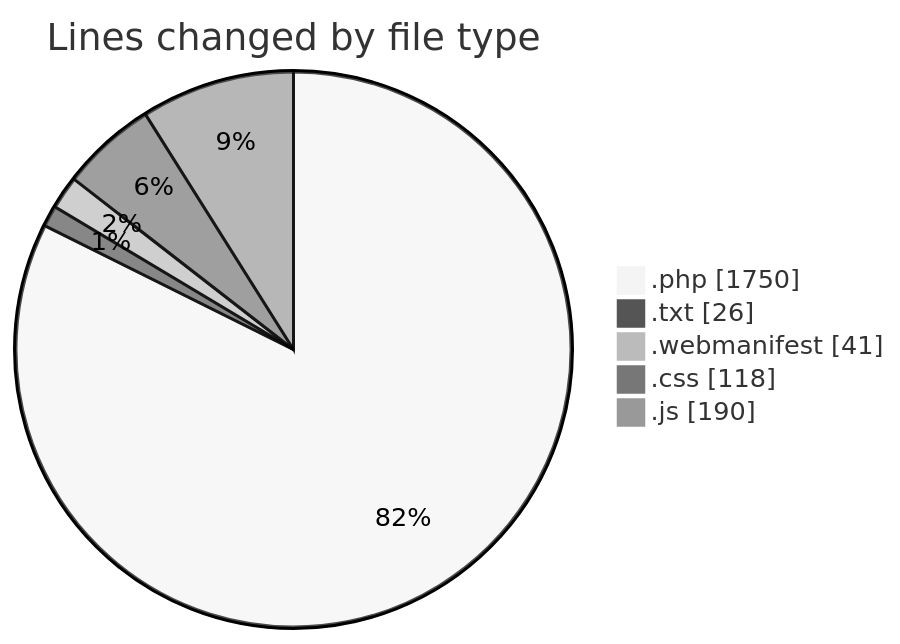
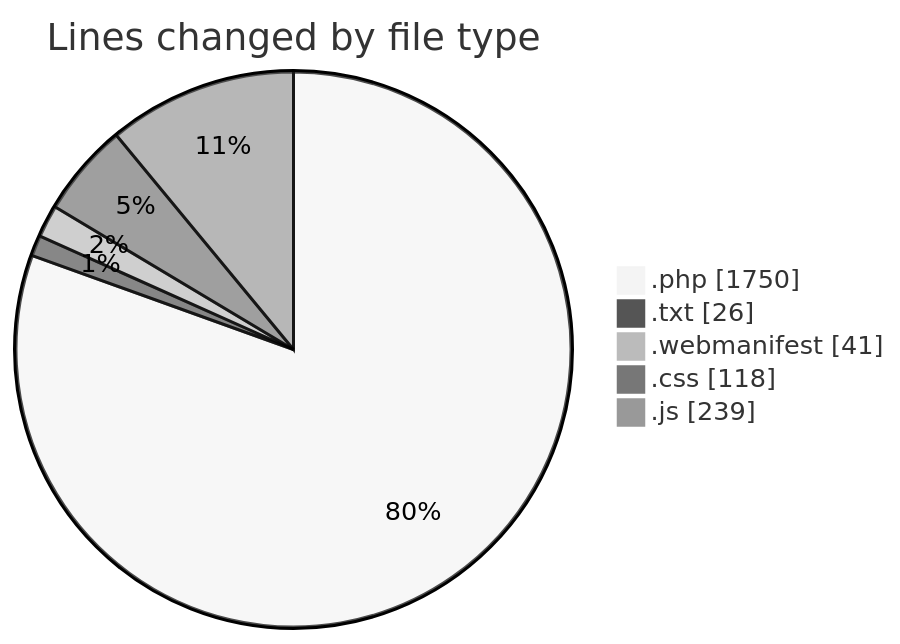
Before and after one commit to lephambinh05/code-tracking: the first of 2 diagrams in 2025-08-20/quytuthien_vn/README.md, drawn with Mermaid (neutral theme). The commit also changed other lines of this file and 1 other file, not shown here.

````diff
--- a/2025-08-20/quytuthien_vn/README.md
+++ b/2025-08-20/quytuthien_vn/README.md
@@ -62,9 +63,9 @@
 ```mermaid
 pie showData
 title Lines changed by file type
 ".php" : 1750
 ".txt" : 26
 ".webmanifest" : 41
 ".css" : 118
-".js" : 190
+".js" : 239
 ```
````
